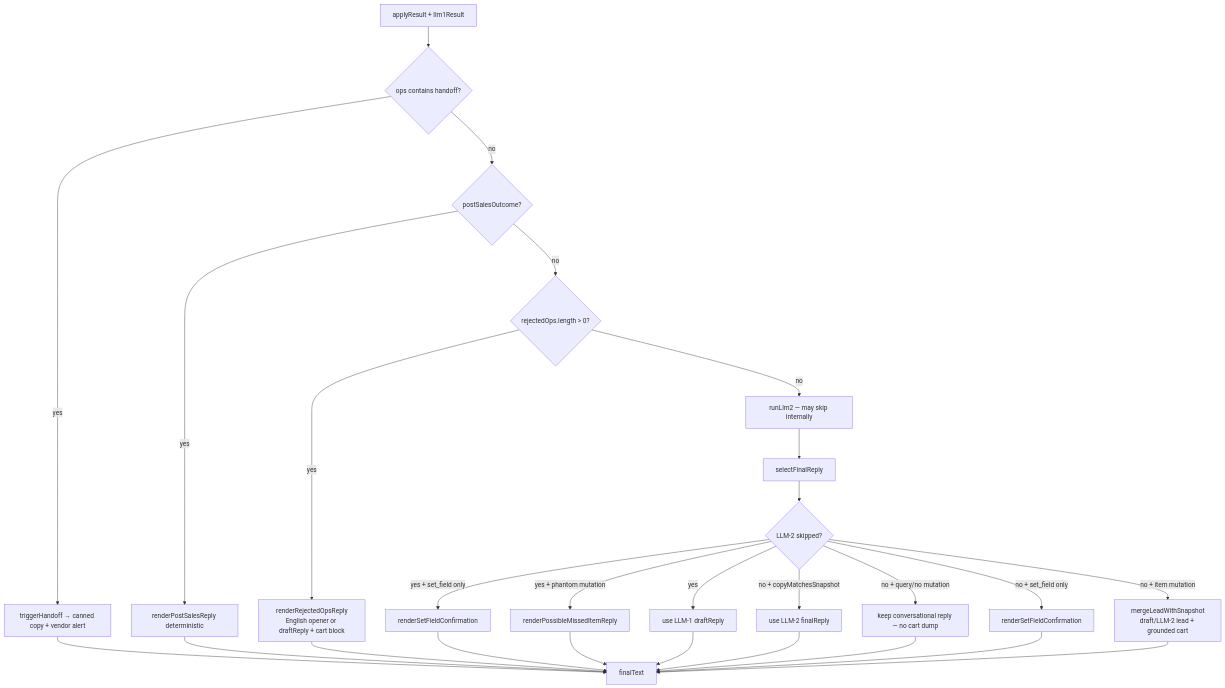
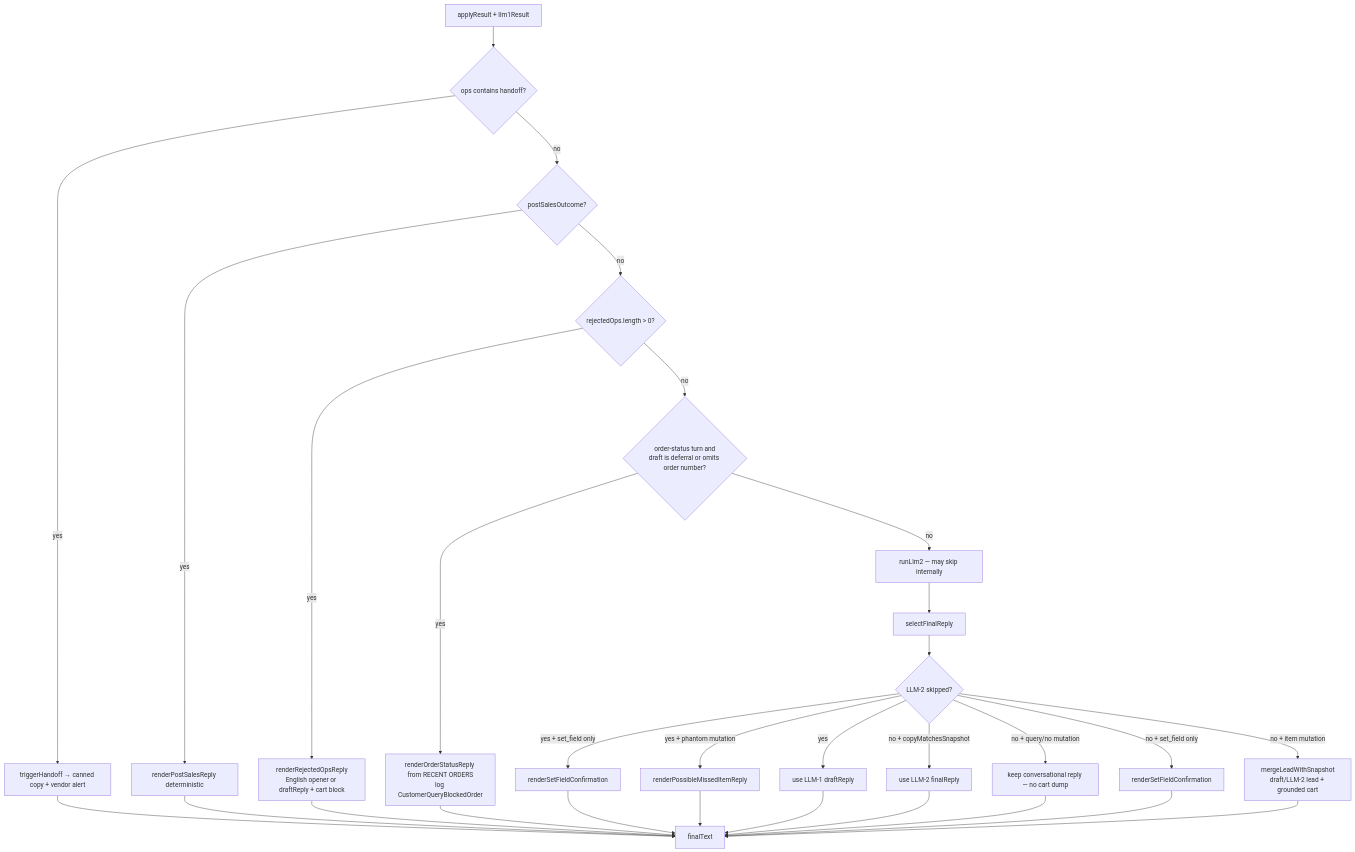
The ninth of 10 diagrams in docs/INCOMING_RESPONSE_GENERATOR_FLOW.md (roshan-1904/chatlogix-gowtham), drawn with Mermaid before and after one commit. The commit also changed other lines of this file and 49 other files, not shown here.

First line of the commit message:
feat: add CustomerQuery model and related functionality for knowledge gap management

````diff
--- a/docs/INCOMING_RESPONSE_GENERATOR_FLOW.md
+++ b/docs/INCOMING_RESPONSE_GENERATOR_FLOW.md
@@ -352,34 +360,38 @@
 ```mermaid
 flowchart TD
   A[applyResult + llm1Result] --> H{ops contains handoff?}
   H -->|yes| H1[triggerHandoff → canned copy + vendor alert]
   H1 --> F[finalText]
 
   H -->|no| P{postSalesOutcome?}
   P -->|yes| T[renderPostSalesReply deterministic]
   T --> F
 
   P -->|no| R{rejectedOps.length > 0?}
   R -->|yes| RJ[renderRejectedOpsReply<br/>English opener or draftReply + cart block]
   RJ --> F
 
-  R -->|no| L2[runLlm2 — may skip internally]
+  R -->|no| D6{order-status turn and<br/>draft is deferral or omits order number?}
+  D6 -->|yes| D6R[renderOrderStatusReply from RECENT ORDERS<br/>log CustomerQueryBlockedOrder]
+  D6R --> F
+
+  D6 -->|no| L2[runLlm2 — may skip internally]
   L2 --> SEL[selectFinalReply]
 
   SEL --> S1{LLM-2 skipped?}
   S1 -->|yes + set_field only| SF[renderSetFieldConfirmation]
   S1 -->|yes + phantom mutation| PM[renderPossibleMissedItemReply]
   S1 -->|yes| D[use LLM-1 draftReply]
   S1 -->|no + copyMatchesSnapshot| OK[use LLM-2 finalReply]
   S1 -->|no + query/no mutation| Q[keep conversational reply — no cart dump]
   S1 -->|no + set_field only| SF2[renderSetFieldConfirmation]
   S1 -->|no + item mutation| MERGE[mergeLeadWithSnapshot<br/>draft/LLM-2 lead + grounded cart]
 
   SF --> F
   PM --> F
   D --> F
   OK --> F
   Q --> F
   SF2 --> F
   MERGE --> F
 ```
````
